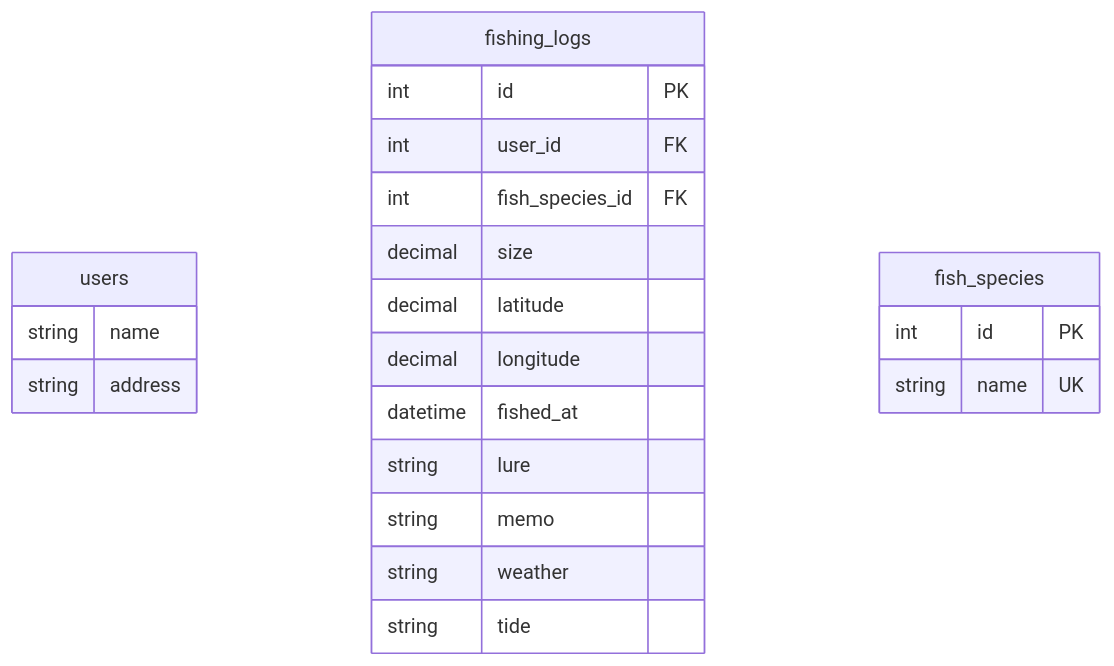
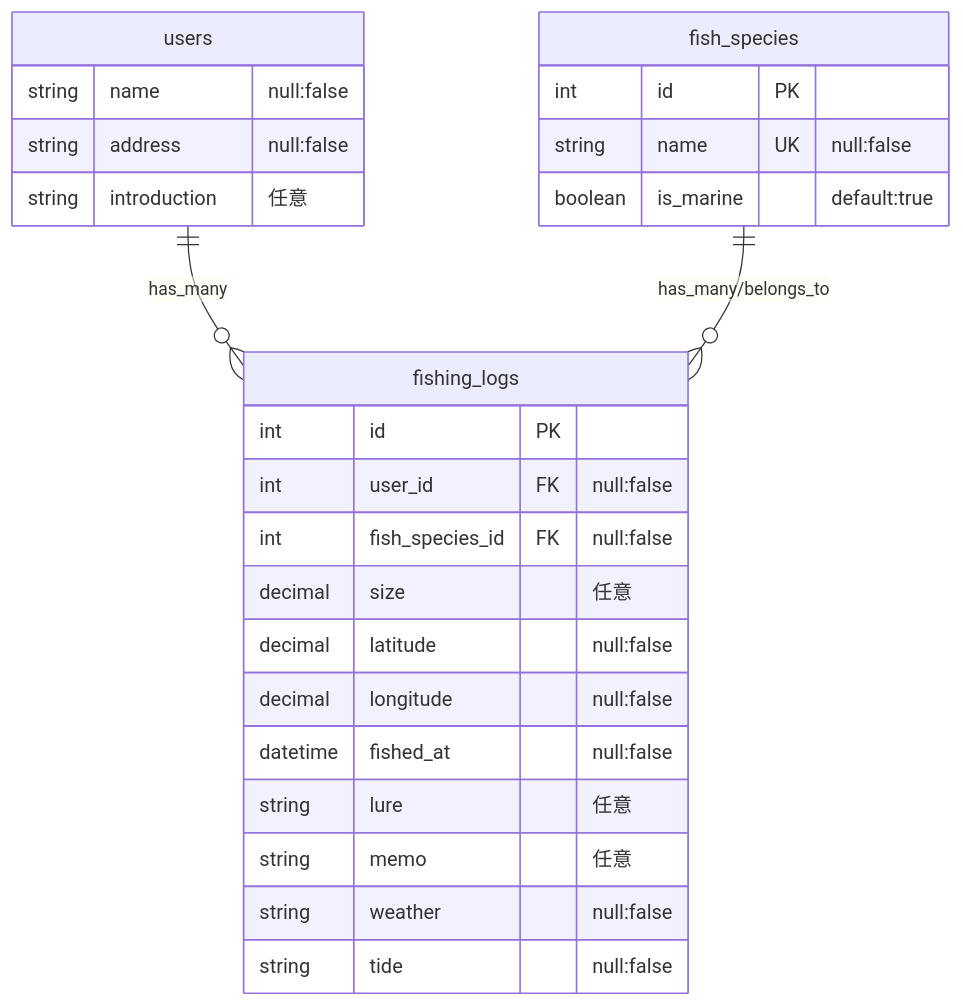
Before and after one commit to yusakumer/fishing_app: the diagram in README.md, drawn with Mermaid.

Commit message:
ER図完成

````diff
--- a/README.md
+++ b/README.md
@@ -3,28 +3,36 @@
 ```mermaid
 erDiagram
 
+users ||--o{ fishing_logs : "has_many"
+
+fish_species ||--o{fishing_logs : "has_many/belongs_to"
+
+
 users {
-    string name
-    string address
+    string name "null:false"
+    string address　"null:false"
+    string introduction　"任意"
 }
 
 fishing_logs {
     int id PK
-    int user_id FK
-    int fish_species_id FK
-    decimal size
-    decimal latitude
-    decimal longitude
-    datetime fished_at
-    string lure
-    string memo
-    string weather
-    string tide
+    int user_id FK "null:false"
+    int fish_species_id FK "null:false"
+    decimal size "任意"
+    decimal latitude  "null:false"
+    decimal longitude "null:false"
+    datetime fished_at "null:false"
+    string lure "任意"
+    string memo　"任意"
+    string weather　"null:false"
+    string tide "null:false"
 }
 
 fish_species {
     int id PK
-    string name UK
+    string name UK "null:false"
+    boolean is_marine "default:true"
 }
 
+
 ```
````
